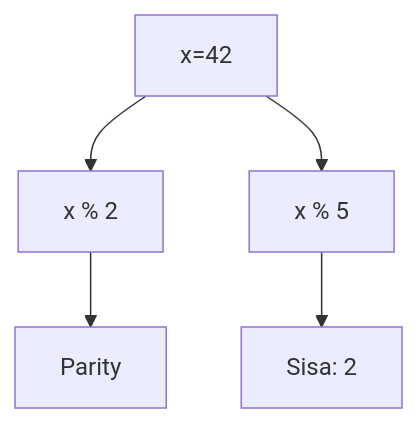
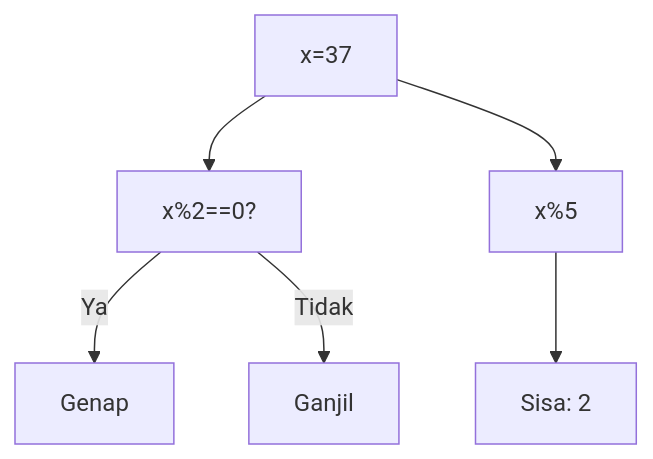
One commit to amnahwaida/OSNK_INF_PREP changed diagram 11 of 25 in part-c-pemahaman-cpp/01-tipe-data/latihan/set-02.md. Above: the diagram before and after it, drawn with Mermaid. The commit also changed other lines of this file and 71 other files, not shown here.

Commit message:
Fixed Mermaid syntax lexical errors with quoted labels in 1,800 questions

````diff
--- a/part-c-pemahaman-cpp/01-tipe-data/latihan/set-02.md
+++ b/part-c-pemahaman-cpp/01-tipe-data/latihan/set-02.md
@@ -356,7 +331,8 @@
 ```mermaid
 graph TD
-A[x=42] --> B[x % 2]
-B --> C[Parity]
-A --> D[x % 5]
-D --> E[Sisa: 2]
+A["x=37"] --> B["x%2==0?"]
+B -- Ya --> C["Genap"]
+B -- Tidak --> D["Ganjil"]
+A --> E["x%5"]
+E --> F["Sisa: 2"]
 ```
````
